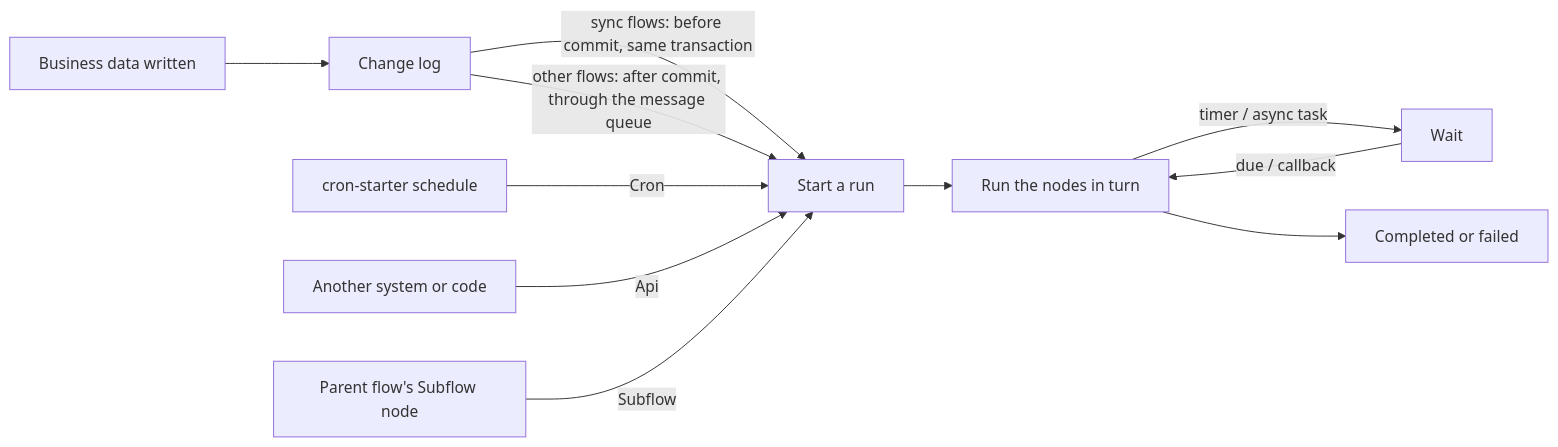
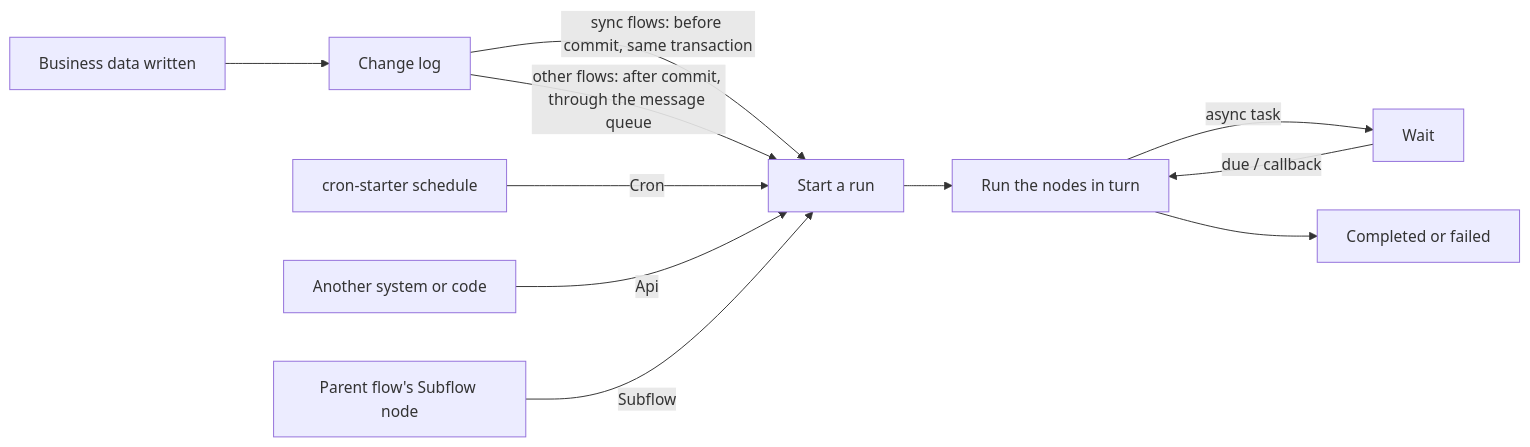
One commit to softa-io/softa-docs changed the first of 2 diagrams in content/en-US/docs/features/flow/automation.mdx. Above: the diagram before and after it, drawn with Mermaid. The commit also changed other lines of this file and 27 other files, not shown here.

````diff
--- a/content/en-US/docs/features/flow/automation.mdx
+++ b/content/en-US/docs/features/flow/automation.mdx
@@ -17,13 +17,13 @@
 ```mermaid
 flowchart LR
     W["Business data written"] --> CL["Change log"]
     CL -- "sync flows: before commit, same transaction" --> RUN["Start a run"]
     CL -- "other flows: after commit, through the message queue" --> RUN
     CR["cron-starter schedule"] -- "Cron" --> RUN
     API["Another system or code"] -- "Api" --> RUN
     PF["Parent flow's Subflow node"] -- "Subflow" --> RUN
     RUN --> N["Run the nodes in turn"]
-    N -- "timer / async task" --> WT["Wait"]
+    N -- "async task" --> WT["Wait"]
     WT -- "due / callback" --> N
     N --> DONE["Completed or failed"]
 ```
````
